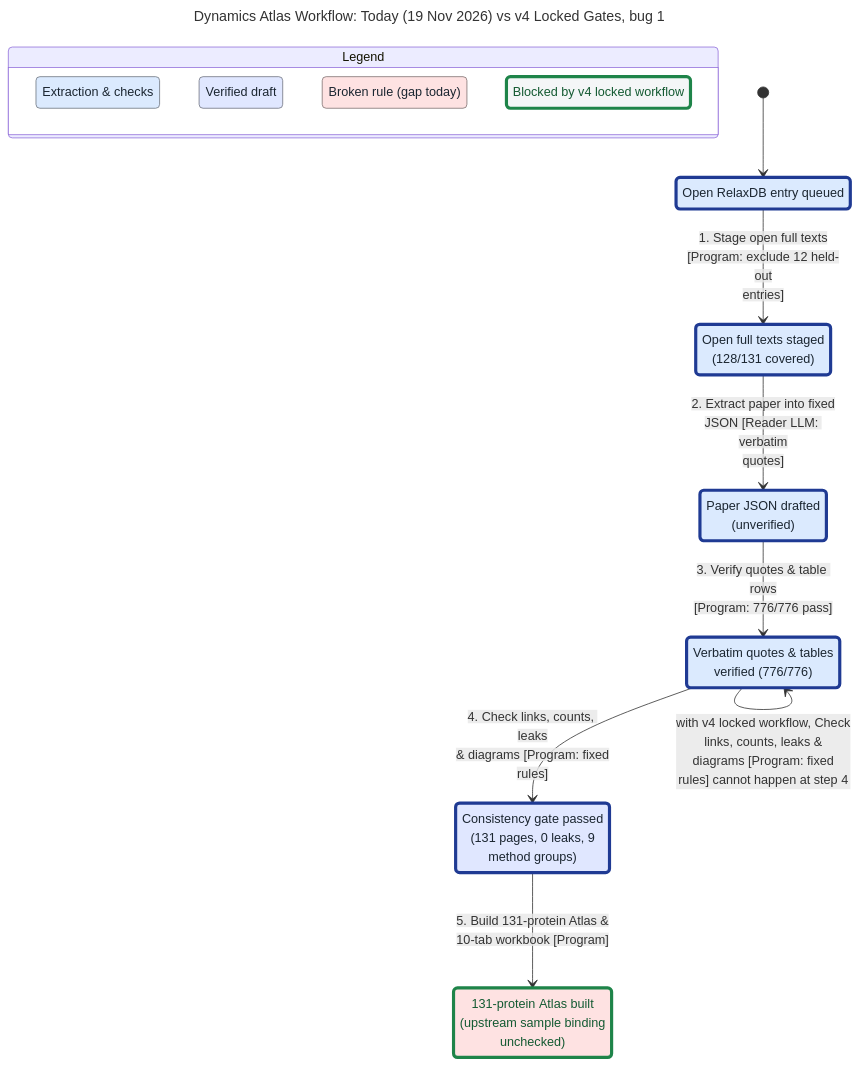
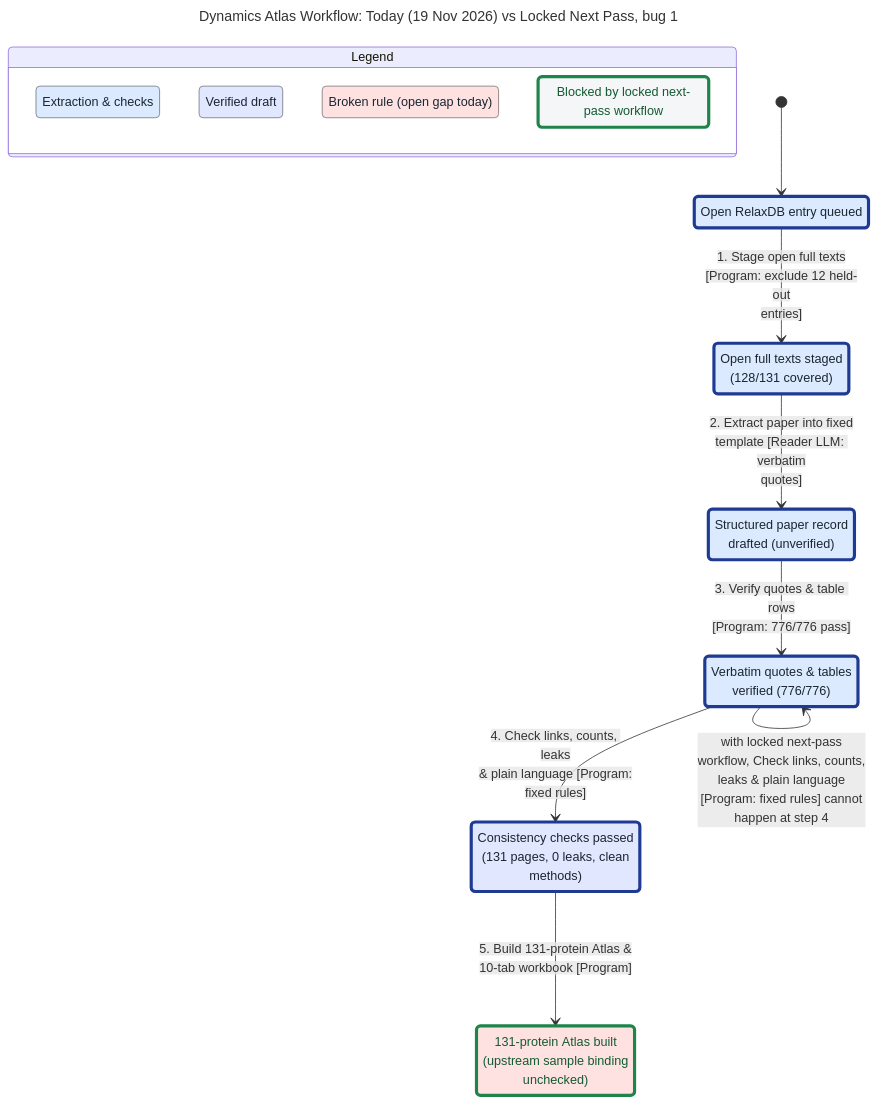
The diagram in methods/statechart/bug-1.mmd (alex051107/dynamics-atlas-relaxdb), drawn with Mermaid before and after one commit. The commit also changed 16 other files, not shown here.

```diff
--- a/methods/statechart/bug-1.mmd
+++ b/methods/statechart/bug-1.mmd
@@ -1,45 +1,45 @@
 ---
-title: "Dynamics Atlas Workflow: Today (19 Nov 2026) vs v4 Locked Gates, bug 1"
+title: "Dynamics Atlas Workflow: Today (19 Nov 2026) vs Locked Next Pass, bug 1"
 config:
   markdownAutoWrap: false
   state:
     useMaxWidth: false
 ---
 stateDiagram-v2
-  %% second model (fix): v4 locked workflow
+  %% second model (fix): locked next-pass workflow
   classDef plainFixed fill:#f4f6f7,stroke:#1e8449,stroke-width:4px,color:#145a32
   classDef group1 fill:#dbeafe,stroke:#6e757f,color:#1b2631
   classDef group1Path fill:#dbeafe,stroke:#1f3a93,stroke-width:4px,color:#1b2631
   classDef group2 fill:#e0e7ff,stroke:#707480,color:#1b2631
   classDef group2Path fill:#e0e7ff,stroke:#1f3a93,stroke-width:4px,color:#1b2631
   classDef group5 fill:#fee2e2,stroke:#7f7171,color:#1b2631
   classDef group5Fixed fill:#fee2e2,stroke:#1e8449,stroke-width:4px,color:#145a32
   state "Legend" as legend {
     state "Extraction & checks" as legendGroup1
     state "Verified draft" as legendGroup2
-    state "Broken rule (gap today)" as legendGroup5
-    state "Blocked by v4 locked workflow" as legendFixed
+    state "Broken rule (open gap today)" as legendGroup5
+    state "Blocked by locked next-pass workflow" as legendFixed
   }
   class legendGroup1 group1
   class legendGroup2 group2
   class legendGroup5 group5
   class legendFixed plainFixed
   state "131-protein Atlas built<br/>(upstream sample binding<br/>unchecked)" as s0
-  state "Consistency gate passed<br/>(131 pages, 0 leaks, 9<br/>method groups)" as s1
+  state "Consistency checks passed<br/>(131 pages, 0 leaks, clean<br/>methods)" as s1
   state "Open RelaxDB entry queued" as s2
   state "Open full texts staged<br/>(128/131 covered)" as s3
-  state "Paper JSON drafted<br/>(unverified)" as s4
+  state "Structured paper record<br/>drafted (unverified)" as s4
   state "Verbatim quotes & tables<br/>verified (776/776)" as s5
   [*] --> s2
   s2 --> s3 : 1. Stage open full texts<br/>[Program: exclude 12 held-out<br/>entries]
-  s3 --> s4 : 2. Extract paper into fixed<br/>JSON [Reader LLM: verbatim<br/>quotes]
+  s3 --> s4 : 2. Extract paper into fixed<br/>template [Reader LLM: verbatim<br/>quotes]
   s4 --> s5 : 3. Verify quotes & table rows<br/>[Program: 776/776 pass]
-  s5 --> s1 : 4. Check links, counts, leaks<br/>& diagrams [Program: fixed<br/>rules]
+  s5 --> s1 : 4. Check links, counts, leaks<br/>& plain language [Program:<br/>fixed rules]
   s1 --> s0 : 5. Build 131-protein Atlas &<br/>10-tab workbook [Program]
-  s5 --> s5 : with v4 locked workflow, Check<br/>links, counts, leaks &<br/>diagrams [Program: fixed<br/>rules] cannot happen at step 4
+  s5 --> s5 : with locked next-pass<br/>workflow, Check links, counts,<br/>leaks & plain language<br/>[Program: fixed rules] cannot<br/>happen at step 4
   class s0 group5Fixed
   class s1 group2Path
   class s2 group1Path
   class s3 group1Path
   class s4 group1Path
   class s5 group1Path
```
